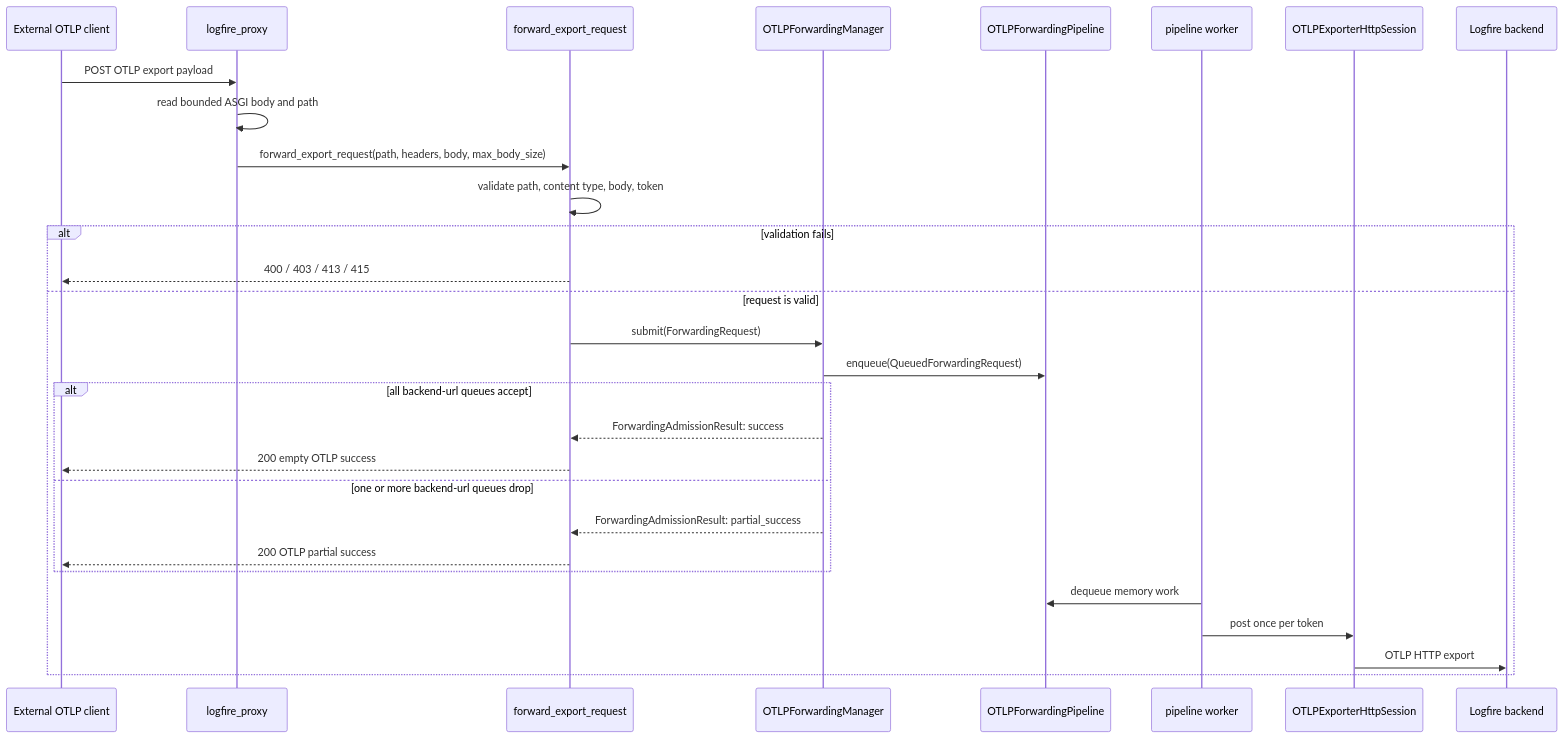
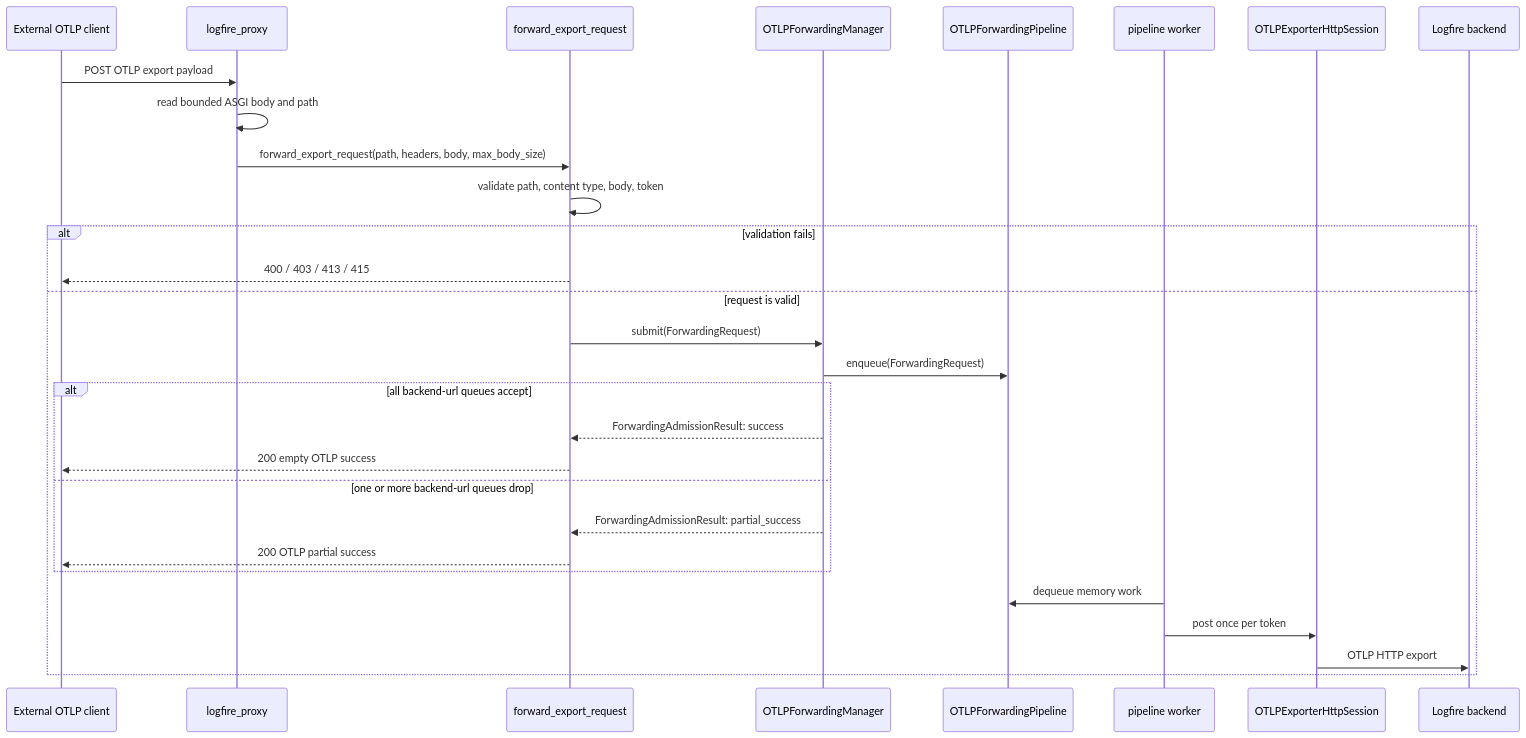
The second of 5 diagrams in specs/browser-telemetry-forwarding-first-pass/diagrams.md (pydantic/logfire), drawn with Mermaid before and after one commit. The commit also changed other lines of this file and 4 other files, not shown here.

Commit message:
Simplify forwarding pipeline token ownership

````diff
--- a/specs/browser-telemetry-forwarding-first-pass/diagrams.md
+++ b/specs/browser-telemetry-forwarding-first-pass/diagrams.md
@@ -32,32 +34,32 @@
 ```mermaid
 sequenceDiagram
     participant Client as External OTLP client
     participant Proxy as logfire_proxy
     participant Helper as forward_export_request
     participant Manager as OTLPForwardingManager
     participant Pipeline as OTLPForwardingPipeline
     participant Worker as pipeline worker
     participant Session as OTLPExporterHttpSession
     participant Logfire as Logfire backend
 
     Client->>Proxy: POST OTLP export payload
     Proxy->>Proxy: read bounded ASGI body and path
     Proxy->>Helper: forward_export_request(path, headers, body, max_body_size)
     Helper->>Helper: validate path, content type, body, token
     alt validation fails
         Helper-->>Client: 400 / 403 / 413 / 415
     else request is valid
         Helper->>Manager: submit(ForwardingRequest)
-        Manager->>Pipeline: enqueue(QueuedForwardingRequest)
+        Manager->>Pipeline: enqueue(ForwardingRequest)
         alt all backend-url queues accept
             Manager-->>Helper: ForwardingAdmissionResult: success
             Helper-->>Client: 200 empty OTLP success
         else one or more backend-url queues drop
             Manager-->>Helper: ForwardingAdmissionResult: partial_success
             Helper-->>Client: 200 OTLP partial success
         end
         Worker->>Pipeline: dequeue memory work
         Worker->>Session: post once per token
         Session->>Logfire: OTLP HTTP export
     end
 ```
````
